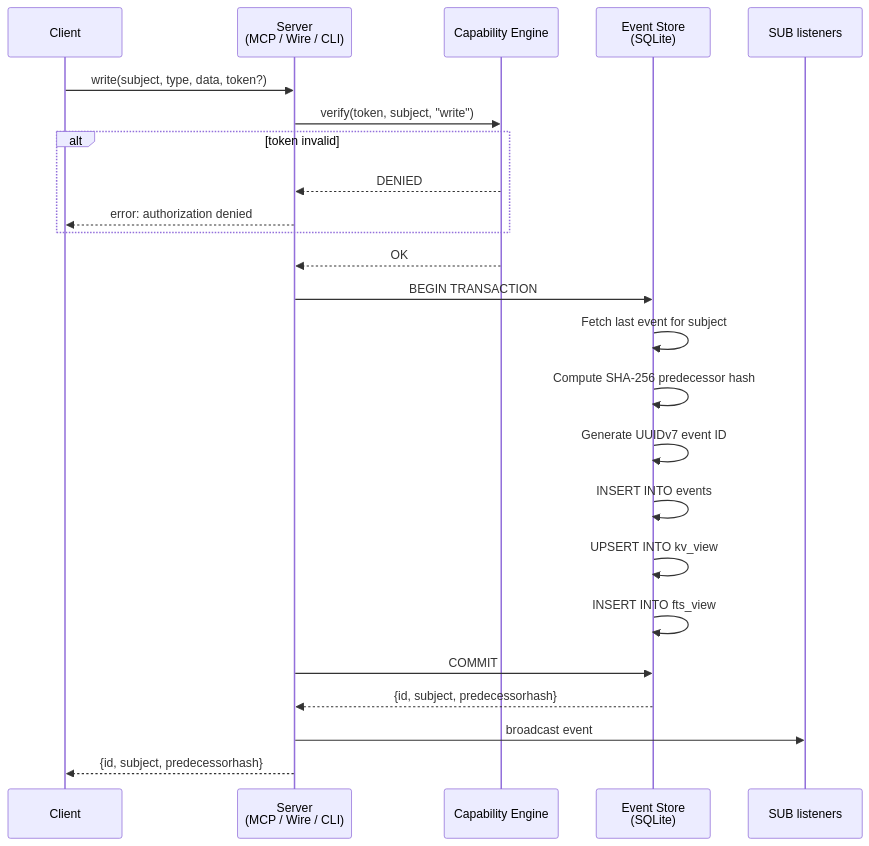
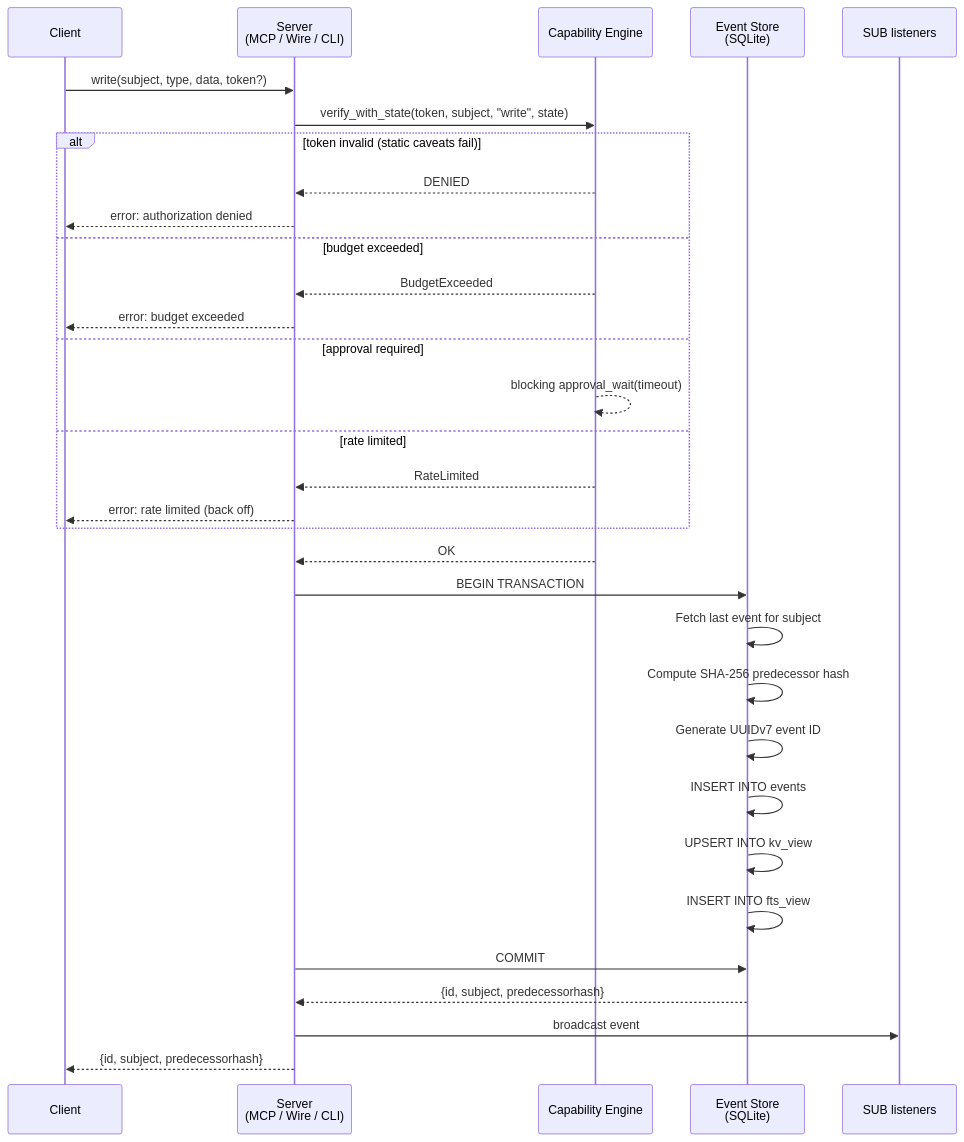
Before and after one commit to keeprlabs/ctxd: the fifth of 7 diagrams in docs/architecture.md, drawn with Mermaid. The commit also changed other lines of this file and 13 other files, not shown here.

First line of the commit message:
feat(cap)+docs: persistent rate-limit state + launch-ready polish (SDK milestone PR 6) (#9)

````diff
--- a/docs/architecture.md
+++ b/docs/architecture.md
@@ -182,29 +218,37 @@
 ```mermaid
 sequenceDiagram
     participant C as Client
     participant S as Server<br/>(MCP / Wire / CLI)
     participant CAP as Capability Engine
     participant DB as Event Store<br/>(SQLite)
     participant SUB as SUB listeners
 
     C->>S: write(subject, type, data, token?)
-    S->>CAP: verify(token, subject, "write")
-    alt token invalid
+    S->>CAP: verify_with_state(token, subject, "write", state)
+    alt token invalid (static caveats fail)
         CAP-->>S: DENIED
         S-->>C: error: authorization denied
+    else budget exceeded
+        CAP-->>S: BudgetExceeded
+        S-->>C: error: budget exceeded
+    else approval required
+        CAP-->>CAP: blocking approval_wait(timeout)
+    else rate limited
+        CAP-->>S: RateLimited
+        S-->>C: error: rate limited (back off)
     end
     CAP-->>S: OK
 
     S->>DB: BEGIN TRANSACTION
     DB->>DB: Fetch last event for subject
     DB->>DB: Compute SHA-256 predecessor hash
     DB->>DB: Generate UUIDv7 event ID
     DB->>DB: INSERT INTO events
     DB->>DB: UPSERT INTO kv_view
     DB->>DB: INSERT INTO fts_view
     S->>DB: COMMIT
 
     DB-->>S: {id, subject, predecessorhash}
     S->>SUB: broadcast event
     S-->>C: {id, subject, predecessorhash}
 ```
````
